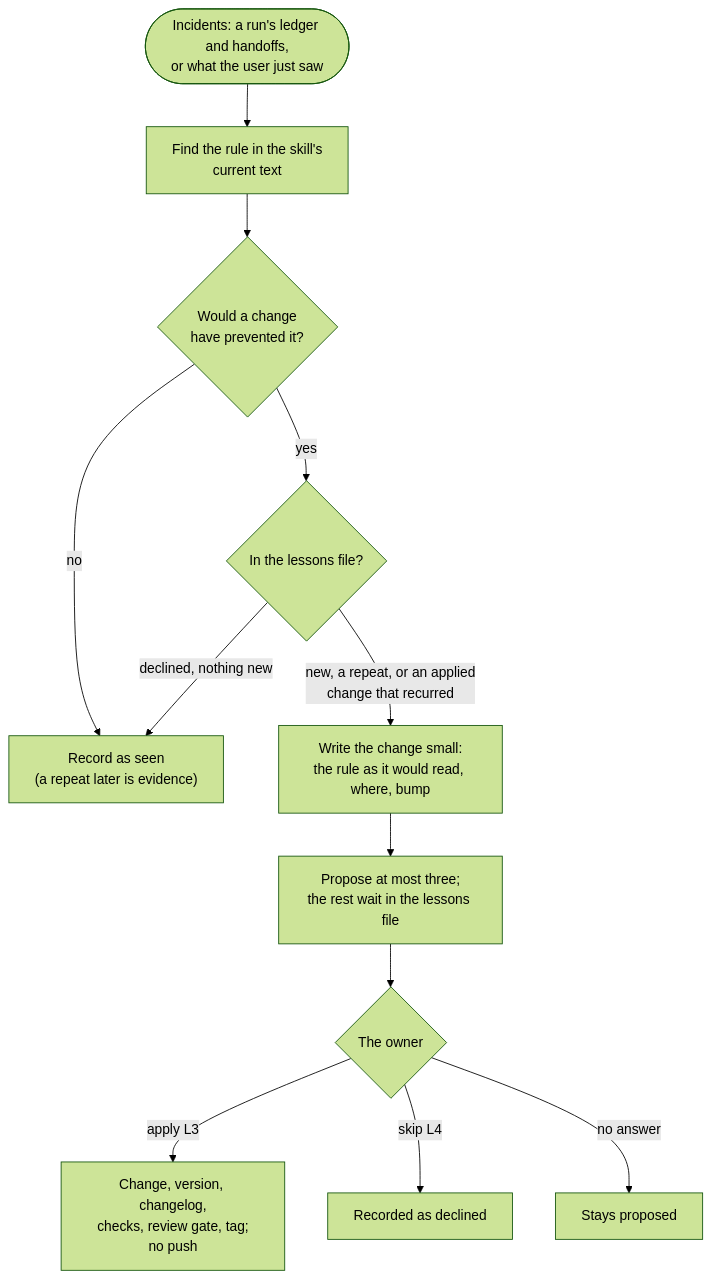
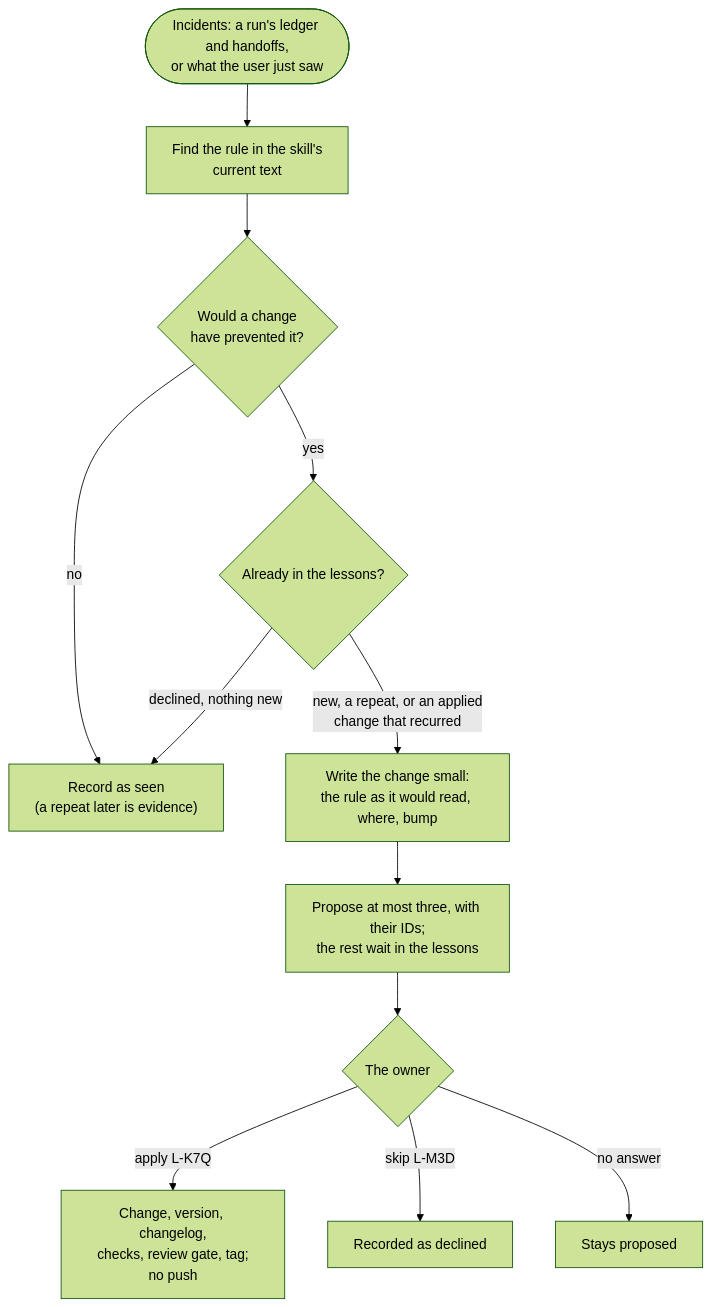
The diagram in docs/skills/skill-evolution/README.md (kristianbonnici/agent-skills), drawn with Mermaid (forest theme) before and after one commit. The commit also changed other lines of this file and 10 other files, not shown here.

````diff
--- a/docs/skills/skill-evolution/README.md
+++ b/docs/skills/skill-evolution/README.md
@@ -13,14 +13,14 @@
 ```mermaid
 flowchart TD
   src(["Incidents: a run's ledger and handoffs,<br/>or what the user just saw"]) --> rule["Find the rule in the skill's<br/>current text"]
   rule --> help{Would a change<br/>have prevented it?}
   help -->|no| seen["Record as seen<br/>(a repeat later is evidence)"]
-  help -->|yes| past{In the lessons file?}
+  help -->|yes| past{Already in the lessons?}
   past -->|"declined, nothing new"| seen
   past -->|"new, a repeat, or an applied<br/>change that recurred"| prop["Write the change small:<br/>the rule as it would read, where, bump"]
-  prop --> top["Propose at most three;<br/>the rest wait in the lessons file"]
+  prop --> top["Propose at most three, with their IDs;<br/>the rest wait in the lessons"]
   top --> owner{The owner}
-  owner -->|"apply L3"| apply["Change, version, changelog,<br/>checks, review gate, tag;<br/>no push"]
-  owner -->|"skip L4"| declined["Recorded as declined"]
+  owner -->|"apply L-K7Q"| apply["Change, version, changelog,<br/>checks, review gate, tag;<br/>no push"]
+  owner -->|"skip L-M3D"| declined["Recorded as declined"]
   owner -->|no answer| wait["Stays proposed"]
 ```
````
